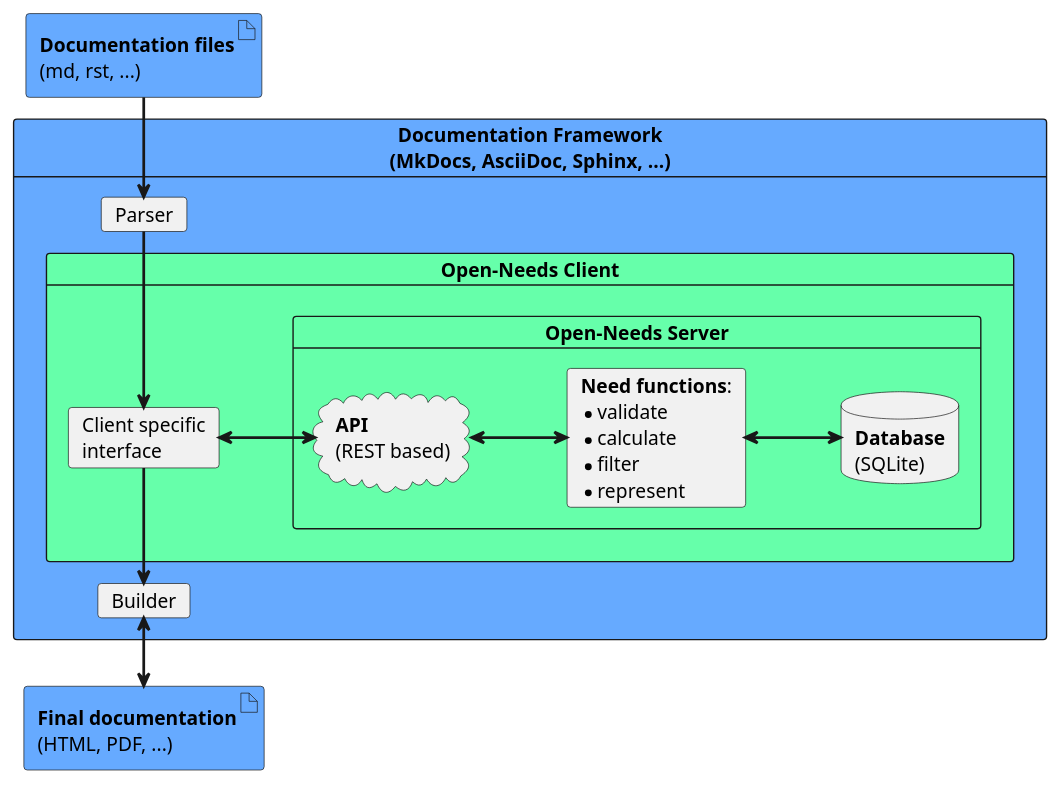
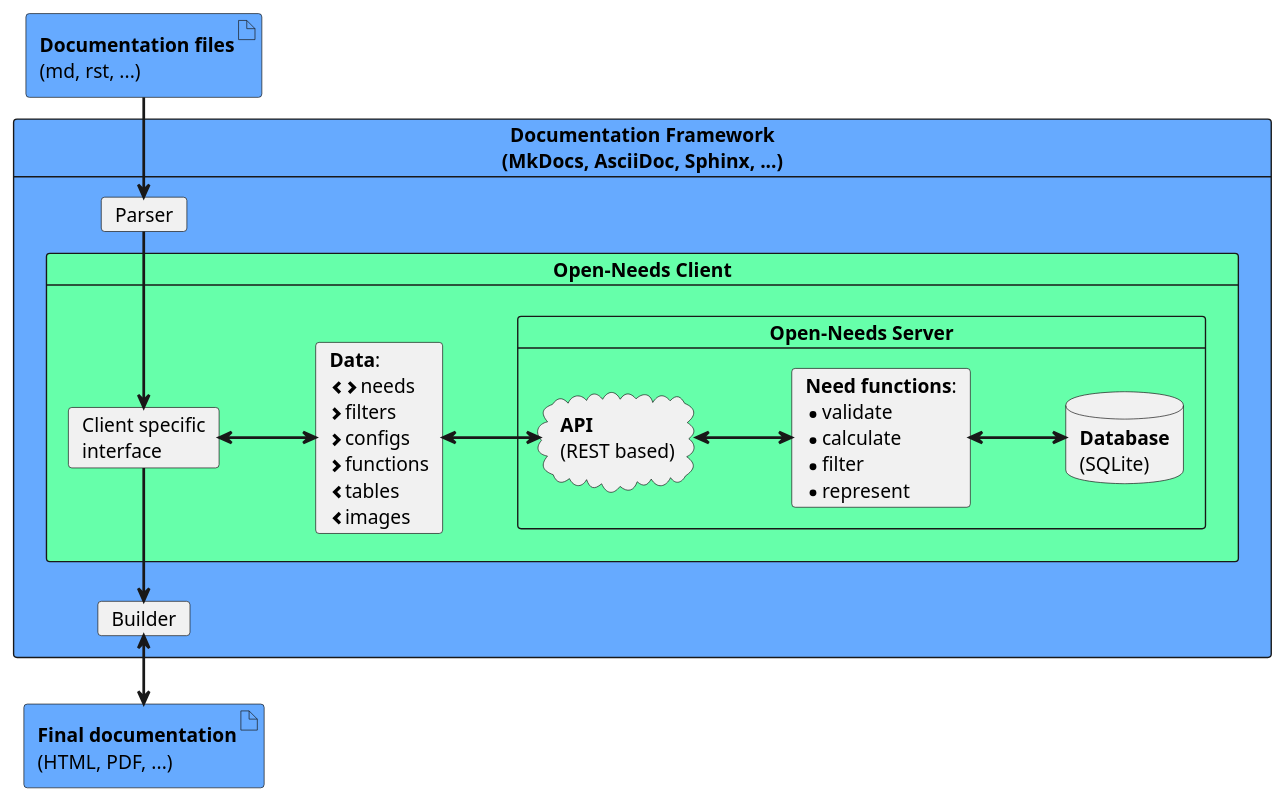
The first of 5 diagrams in docs/index.rst (open-needs/open-needs.github.io), drawn with PlantUML before and after one commit. The commit also changed other lines of this file and 3 other files, not shown here.

Commit message:
Plantuml model updates

```diff
--- a/docs/index.rst
+++ b/docs/index.rst
@@ -55,38 +55,39 @@
     .. uml::
        :align: center
 
         @startuml
         skinparam nodesep 70
         skinparam ranksep 50
 
             artifact "**Documentation files**\n(md, rst, ...)" as docs #6af
             card "**Documentation Framework**\n(MkDocs, AsciiDoc, Sphinx, ...)" as df #6af {
                 card "Parser" as parser
                 card "Open-Needs Client" as client #6fa {
                     card "Client specific\ninterface" as interface
 
                     card "Open-Needs Server" as on {
                         cloud "**API**\n(REST based)" as rest
                         card "**Need functions**:\n*validate\n*calculate\n*filter\n*represent" as func
                         database "**Database**\n(SQLite)" as db
 
                         rest <=> func
                         func <=> db
                     }
+                    card "**Data**:\n<&chevron-left><&chevron-right>needs\n<&chevron-right>filters\n<&chevron-right>configs\n<&chevron-right>functions\n<&chevron-left>tables\n<&chevron-left>images" as data
                 }
                 card "Builder" as builder
             }
-
 
             artifact "**Final documentation**\n(HTML, PDF, ...)" as final #6af
 
             docs ==> parser
             parser ==> interface
-            interface <=> rest
+            interface <=> data
+            data <=> rest
 
             interface ==> builder
 
             builder <==> final
 
 
         @enduml
```
